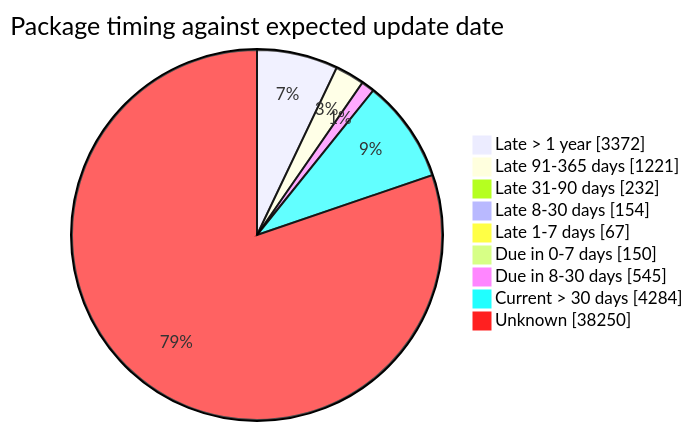
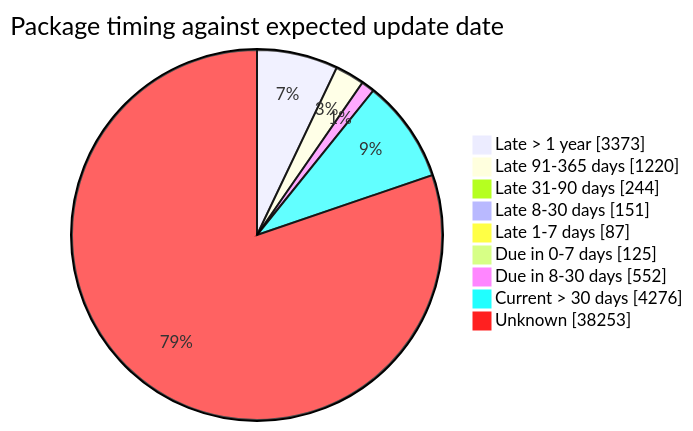
The fourth of 5 diagrams in FreshCheck/README.md (open-data/analytics-corporate-reporting), drawn with Mermaid before and after one commit. The commit also changed other lines of this file and 3 other files, not shown here.

````diff
--- a/FreshCheck/README.md
+++ b/FreshCheck/README.md
@@ -86,12 +86,12 @@
 ```mermaid
 pie showData title Package timing against expected update date
-    "Late > 1 year": 3372
-    "Late 91-365 days": 1221
-    "Late 31-90 days": 232
-    "Late 8-30 days": 154
-    "Late 1-7 days": 67
-    "Due in 0-7 days": 150
-    "Due in 8-30 days": 545
-    "Current > 30 days": 4284
-    "Unknown": 38250
+    "Late > 1 year": 3373
+    "Late 91-365 days": 1220
+    "Late 31-90 days": 244
+    "Late 8-30 days": 151
+    "Late 1-7 days": 87
+    "Due in 0-7 days": 125
+    "Due in 8-30 days": 552
+    "Current > 30 days": 4276
+    "Unknown": 38253
 ```
````
